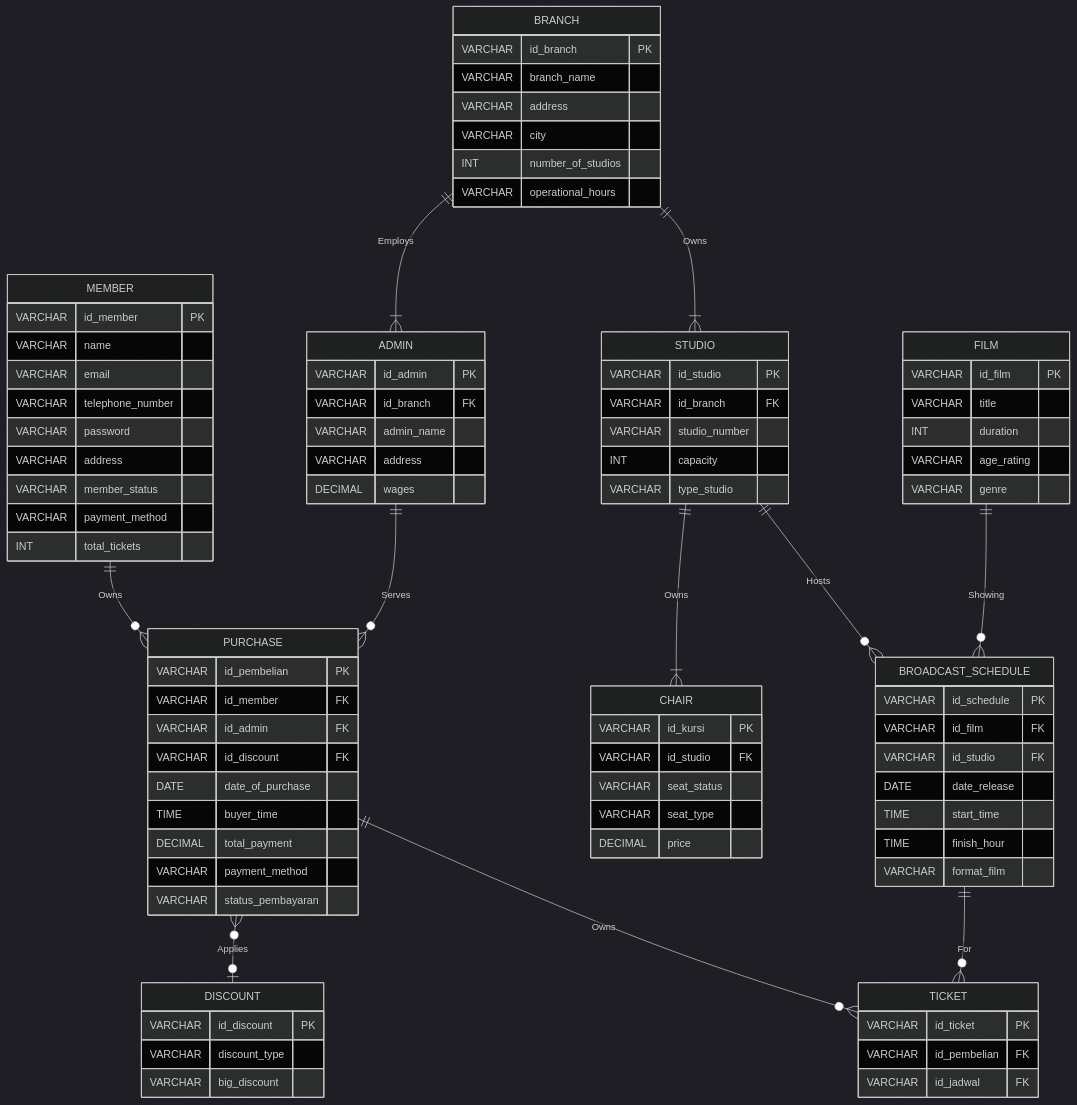
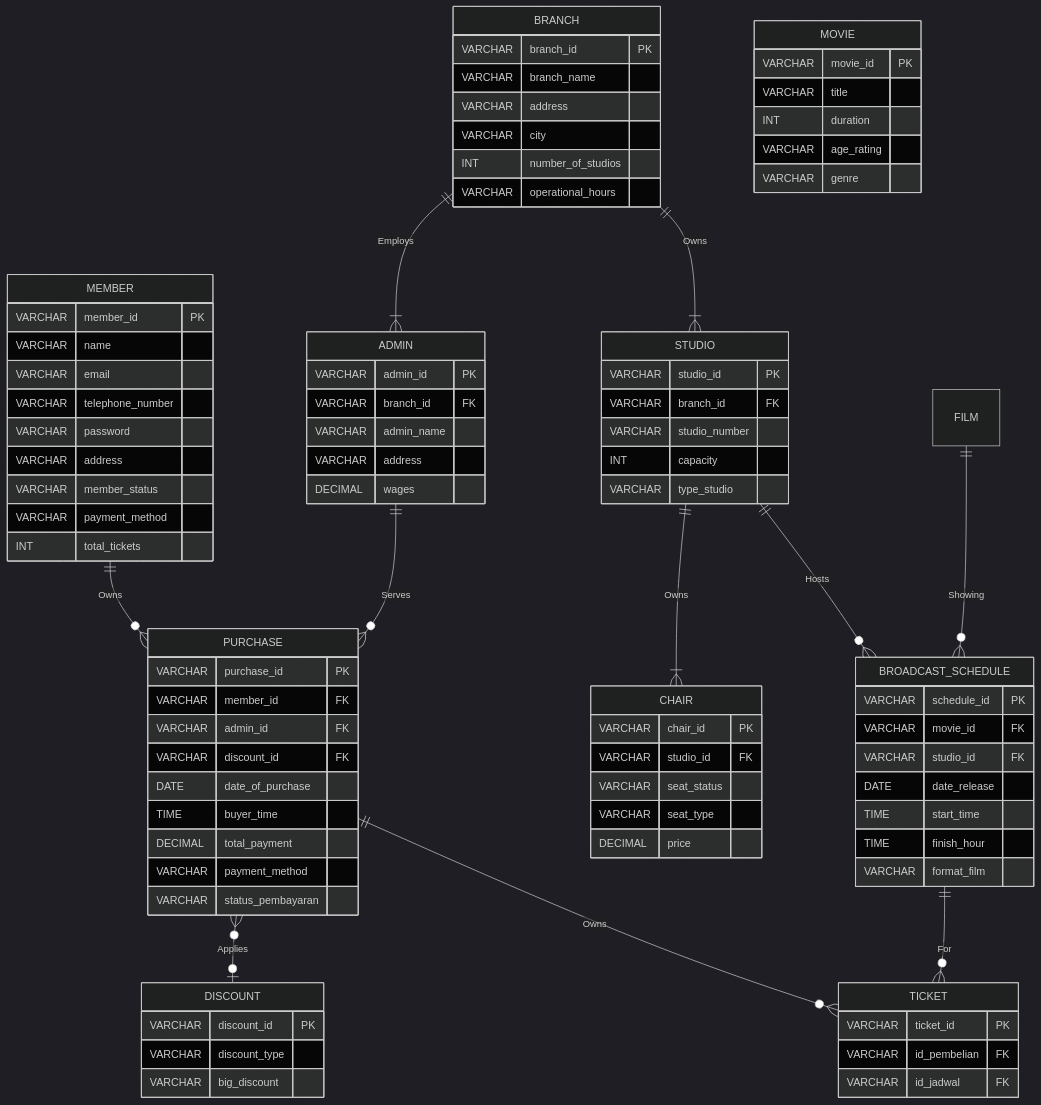
Before and after one commit to rosieh-ofc/cinema-system-modelling: the second of 2 diagrams in README.md, drawn with Mermaid (dark theme). The commit also changed other lines of this file, not shown here.

Commit message:
Rename attributes in README for consistency

```diff
--- a/README.md
+++ b/README.md
@@ -246,7 +246,7 @@
 erDiagram
 
     MEMBER {
-        VARCHAR id_member PK
+        VARCHAR member_id PK
         VARCHAR name
         VARCHAR email
         VARCHAR telephone_number
@@ -258,15 +258,15 @@
     }
 
     ADMIN {
-        VARCHAR id_admin PK
-        VARCHAR id_branch FK
+        VARCHAR admin_id PK
+        VARCHAR branch_id FK
         VARCHAR admin_name
         VARCHAR address
         DECIMAL wages
     }
 
     BRANCH {
-        VARCHAR id_branch PK
+        VARCHAR branch_id PK
         VARCHAR branch_name
         VARCHAR address
         VARCHAR city
@@ -275,23 +275,23 @@
     }
 
     STUDIO {
-        VARCHAR id_studio PK
-        VARCHAR id_branch FK
+        VARCHAR studio_id PK
+        VARCHAR branch_id FK
         VARCHAR studio_number
         INT capacity
         VARCHAR type_studio
     }
 
     CHAIR {
-        VARCHAR id_kursi PK
-        VARCHAR id_studio FK
+        VARCHAR chair_id PK
+        VARCHAR studio_id FK
         VARCHAR seat_status
         VARCHAR seat_type
         DECIMAL price
     }
 
-    FILM {
-        VARCHAR id_film PK
+    MOVIE {
+        VARCHAR movie_id PK
         VARCHAR title
         INT duration
         VARCHAR age_rating
@@ -299,9 +299,9 @@
     }
 
     BROADCAST_SCHEDULE {
-        VARCHAR id_schedule PK
-        VARCHAR id_film FK
-        VARCHAR id_studio FK
+        VARCHAR schedule_id PK
+        VARCHAR movie_id FK
+        VARCHAR studio_id FK
         DATE date_release
         TIME start_time
         TIME finish_hour
@@ -309,10 +309,10 @@
     }
 
     PURCHASE {
-        VARCHAR id_pembelian PK
-        VARCHAR id_member FK
-        VARCHAR id_admin FK
-        VARCHAR id_discount FK
+        VARCHAR purchase_id PK
+        VARCHAR member_id FK
+        VARCHAR admin_id FK
+        VARCHAR discount_id FK
         DATE date_of_purchase
         TIME buyer_time
         DECIMAL total_payment
@@ -321,13 +321,13 @@
     }
 
     DISCOUNT {
-        VARCHAR id_discount PK
+        VARCHAR discount_id PK
         VARCHAR discount_type
         VARCHAR big_discount
     }
 
     TICKET {
-        VARCHAR id_ticket PK
+        VARCHAR ticket_id PK
         VARCHAR id_pembelian FK
         VARCHAR id_jadwal FK
     }
```
